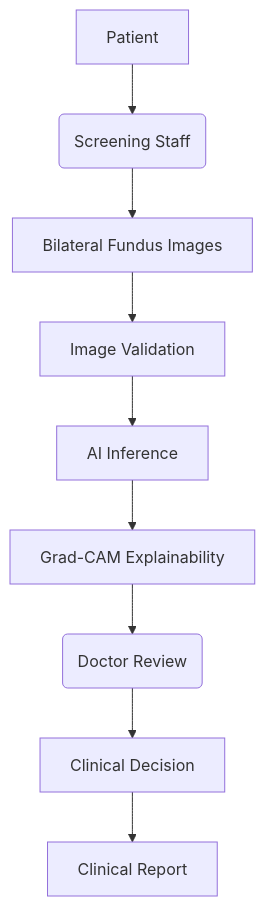
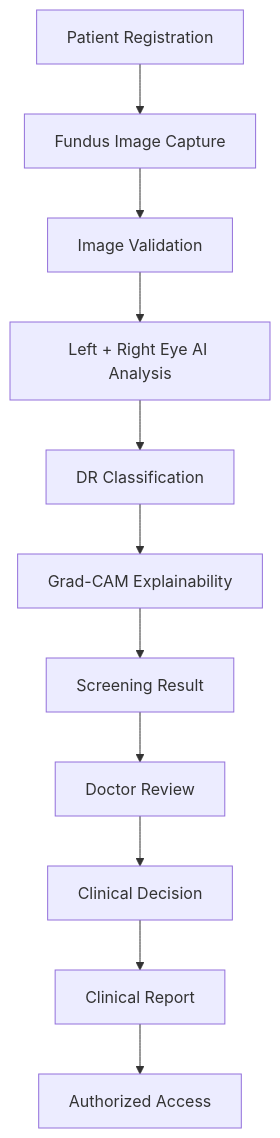
The first of 2 diagrams in README.md (SudarshanSingh1/DR-Screening-System), drawn with Mermaid before and after one commit. The commit also changed other lines of this file, not shown here.

````diff
--- a/README.md
+++ b/README.md
@@ -83,11 +86,13 @@
 ```mermaid
 graph TD
-    A[Patient] --> B(Screening Staff)
-    B --> C[Bilateral Fundus Images]
-    C --> D[Image Validation]
-    D --> E[AI Inference]
+    A[Patient Registration] --> B[Fundus Image Capture]
+    B --> C[Image Validation]
+    C --> D[Left + Right Eye AI Analysis]
+    D --> E[DR Classification]
     E --> F[Grad-CAM Explainability]
-    F --> G(Doctor Review)
-    G --> H[Clinical Decision]
-    H --> I[Clinical Report]
+    F --> G[Screening Result]
+    G --> H[Doctor Review]
+    H --> I[Clinical Decision]
+    I --> J[Clinical Report]
+    J --> K[Authorized Access]
 ```
````
